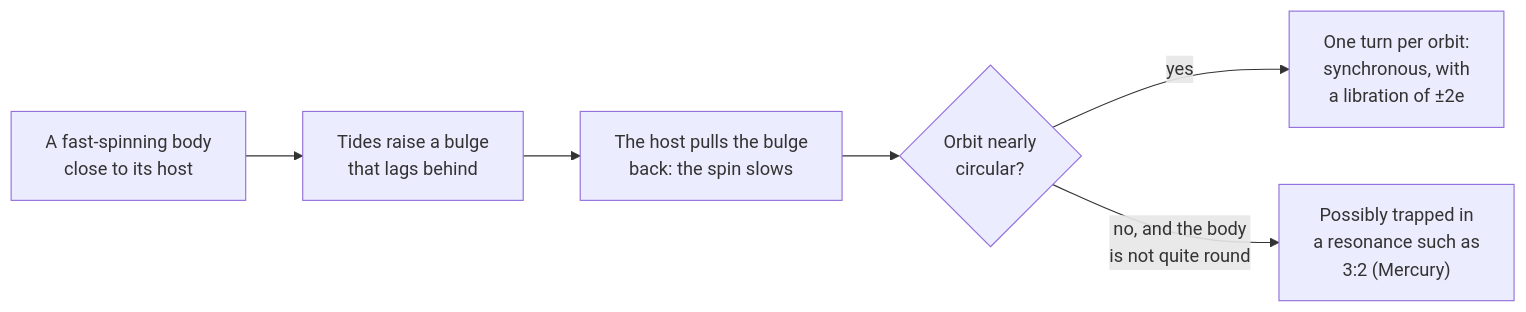
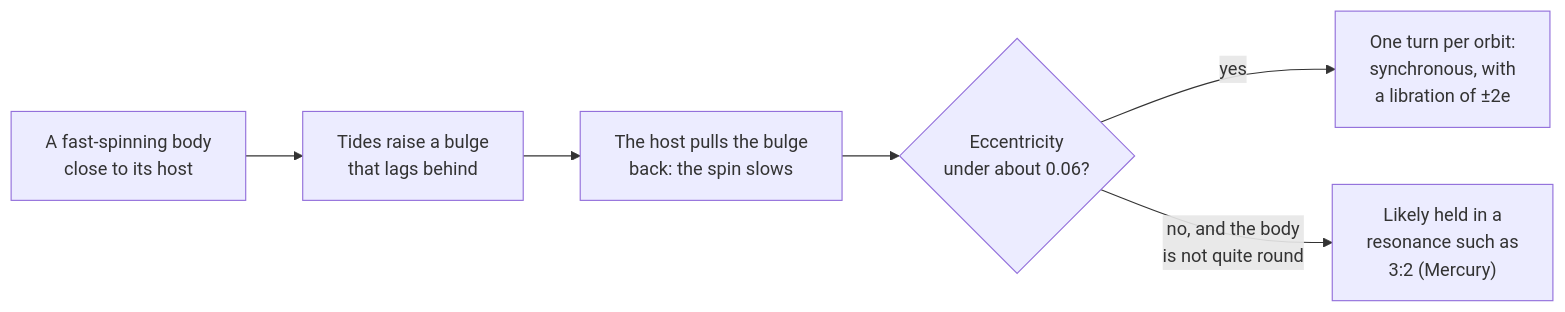
One commit to cyboooooorg/map-generator changed the diagram in docs/science/tidal-locking.md. Above: the diagram before and after it, drawn with Mermaid. The commit also changed other lines of this file and 11 other files, not shown here.

````diff
--- a/docs/science/tidal-locking.md
+++ b/docs/science/tidal-locking.md
@@ -150,12 +192,12 @@
 ```mermaid
 flowchart LR
   A["A fast-spinning body<br/>close to its host"]
   B["Tides raise a bulge<br/>that lags behind"]
   C["The host pulls the bulge<br/>back: the spin slows"]
-  D{"Orbit nearly<br/>circular?"}
+  D{"Eccentricity<br/>under about 0.06?"}
   E["One turn per orbit:<br/>synchronous, with<br/>a libration of ±2e"]
-  F["Possibly trapped in<br/>a resonance such as<br/>3:2 (Mercury)"]
+  F["Likely held in a<br/>resonance such as<br/>3:2 (Mercury)"]
   A --> B --> C --> D
   D -- yes --> E
   D -- "no, and the body<br/>is not quite round" --> F
 ```
````
